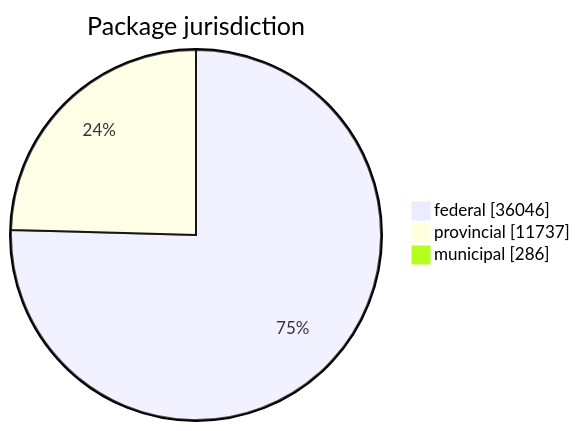
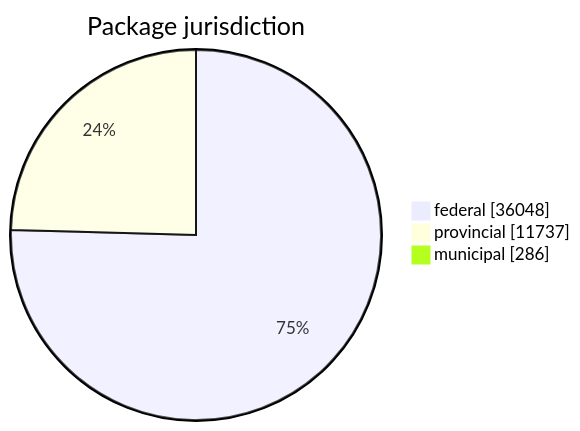
Before and after one commit to open-data/analytics-corporate-reporting: the first of 5 diagrams in FreshCheck/README.md, drawn with Mermaid. The commit also changed other lines of this file and 3 other files, not shown here.

````diff
--- a/FreshCheck/README.md
+++ b/FreshCheck/README.md
@@ -60,6 +60,6 @@
 ```mermaid
 pie showData title Package jurisdiction
-    "federal": 36046
+    "federal": 36048
     "provincial": 11737
     "municipal": 286
 ```
````
